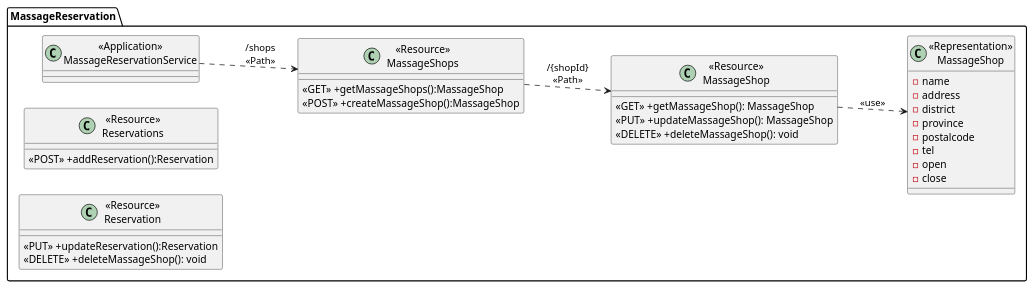
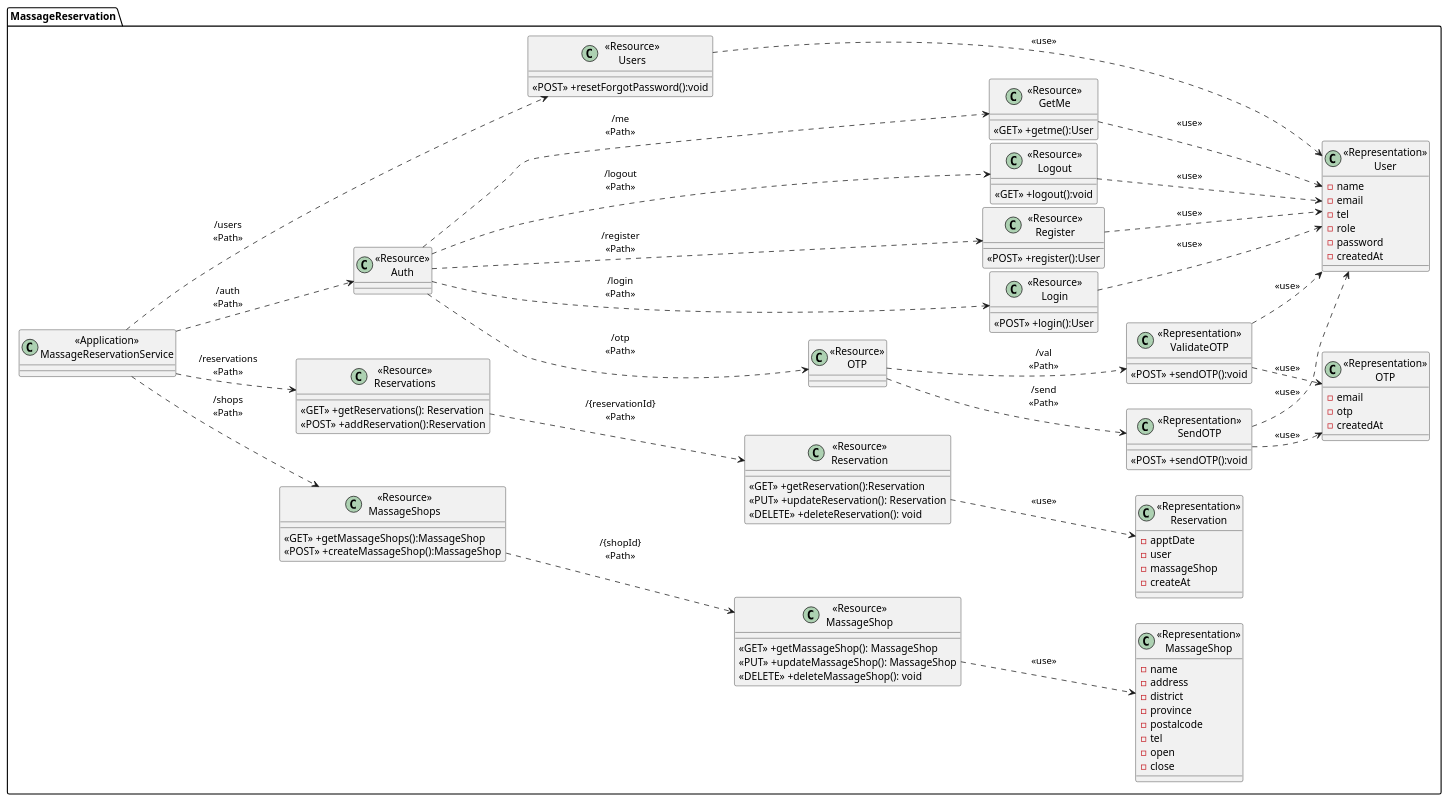
One commit to PoomThammasorn/MassageReservation-SWDev changed the diagram in UML/Class/VacQclass.puml. Above: the diagram before and after it, drawn with PlantUML.

Commit message:
class di

```diff
--- a/UML/Class/VacQclass.puml
+++ b/UML/Class/VacQclass.puml
@@ -1,42 +1,118 @@
 @startuml
 left to right direction
 package "MassageReservation"{
     class "<<Application>>\nMassageReservationService" as MassageReservationService{}
 
     class "<<Resource>>\nMassageShops" as ResourceMassageShops{
         <<GET>> +getMassageShops():MassageShop
         <<POST>> +createMassageShop():MassageShop
     }
 
     class "<<Resource>>\nMassageShop" as ResourceMassageShop {
         <<GET>> +getMassageShop(): MassageShop
         <<PUT>> +updateMassageShop(): MassageShop
         <<DELETE>> +deleteMassageShop(): void
     }
 
     class "<<Representation>>\nMassageShop" as RepresentationMassageShop {
         -name
         -address
         -district
         -province
         -postalcode
         -tel
         -open
         -close
     }
 
     class "<<Resource>>\nReservations" as ResourceReservations{
+        <<GET>> +getReservations(): Reservation
         <<POST>> +addReservation():Reservation
     }
 
     class "<<Resource>>\nReservation" as ResourceReservation{
-        <<PUT>> +updateReservation():Reservation
-        <<DELETE>> +deleteMassageShop(): void
+        <<GET>> +getReservation():Reservation
+        <<PUT>> +updateReservation(): Reservation
+        <<DELETE>> +deleteReservation(): void
     }
+
+    class "<<Representation>>\nReservation" as RepresentationReservation {
+        -apptDate
+        -user
+        -massageShop
+        -createAt
+    }
+    class "<<Resource>>\nAuth" as ResourceAuth{
+    }
+    class "<<Resource>>\nRegister" as ResourceRegister{
+        <<POST>> +register():User
+    }
+    class "<<Resource>>\nLogin" as ResourceLogin{
+        <<POST>> +login():User
+    }
+    class "<<Resource>>\nLogout" as ResourceLogout{
+        <<GET>> +logout():void
+    }
+    class "<<Resource>>\nGetMe" as ResourceGetMe{
+        <<GET>> +getme():User
+    }
+    class "<<Resource>>\nOTP" as ResourceOTP{
+
+    }
+    class "<<Representation>>\nSendOTP" as RepresentationSendOTP{
+        <<POST>> +sendOTP():void
+    }
+    class "<<Representation>>\nValidateOTP" as RepresentationValidateOTP{
+        <<POST>> +sendOTP():void
+    }
+    class "<<Representation>>\nOTP" as RepresentationOTP {
+        -email
+        -otp
+        -createdAt
+    }
+
+    class "<<Resource>>\nUsers" as ResourceUsers{
+        <<POST>> +resetForgotPassword():void
+    }
+
+    class "<<Representation>>\nUser" as RepresentationUser {
+        -name
+        -email
+        -tel
+        -role
+        -password
+        -createdAt
+    }
+    
 }
 
 MassageReservationService ..> ResourceMassageShops:"/shops\n<<Path>>"
 ResourceMassageShops ..> ResourceMassageShop: "/{shopId}\n<<Path>>"
 ResourceMassageShop ..> RepresentationMassageShop: "<<use>>"
 
+MassageReservationService ..> ResourceReservations:"/reservations\n<<Path>>"
+ResourceReservations ..> ResourceReservation: "/{reservationId}\n<<Path>>"
+ResourceReservation ..> RepresentationReservation: "<<use>>"
+
+MassageReservationService ..> ResourceAuth:"/auth\n<<Path>>"
+ResourceAuth ..> ResourceRegister: "/register\n<<Path>>"
+ResourceAuth ..> ResourceLogin: "/login\n<<Path>>"
+ResourceAuth ..> ResourceLogout: "/logout\n<<Path>>"
+ResourceAuth ..> ResourceGetMe: "/me\n<<Path>>"
+ResourceAuth ..> ResourceOTP: "/otp\n<<Path>>"
+ResourceOTP ..> RepresentationSendOTP: "/send\n<<Path>>"
+ResourceOTP ..> RepresentationValidateOTP: "/val\n<<Path>>"
+
+ResourceRegister ..> RepresentationUser: "<<use>>"
+ResourceLogin ..> RepresentationUser: "<<use>>"
+ResourceLogout ..> RepresentationUser: "<<use>>"
+ResourceGetMe ..> RepresentationUser: "<<use>>"
+RepresentationValidateOTP ..> RepresentationUser: "<<use>>"
+RepresentationSendOTP ..> RepresentationUser: "<<use>>"
+
+RepresentationSendOTP ..> RepresentationOTP: "<<use>>"
+RepresentationValidateOTP ..> RepresentationOTP: "<<use>>"
+
+MassageReservationService ..> ResourceUsers: "/users\n<<Path>>"
+ResourceUsers ..> RepresentationUser:"<<use>>"
 @enduml
```
